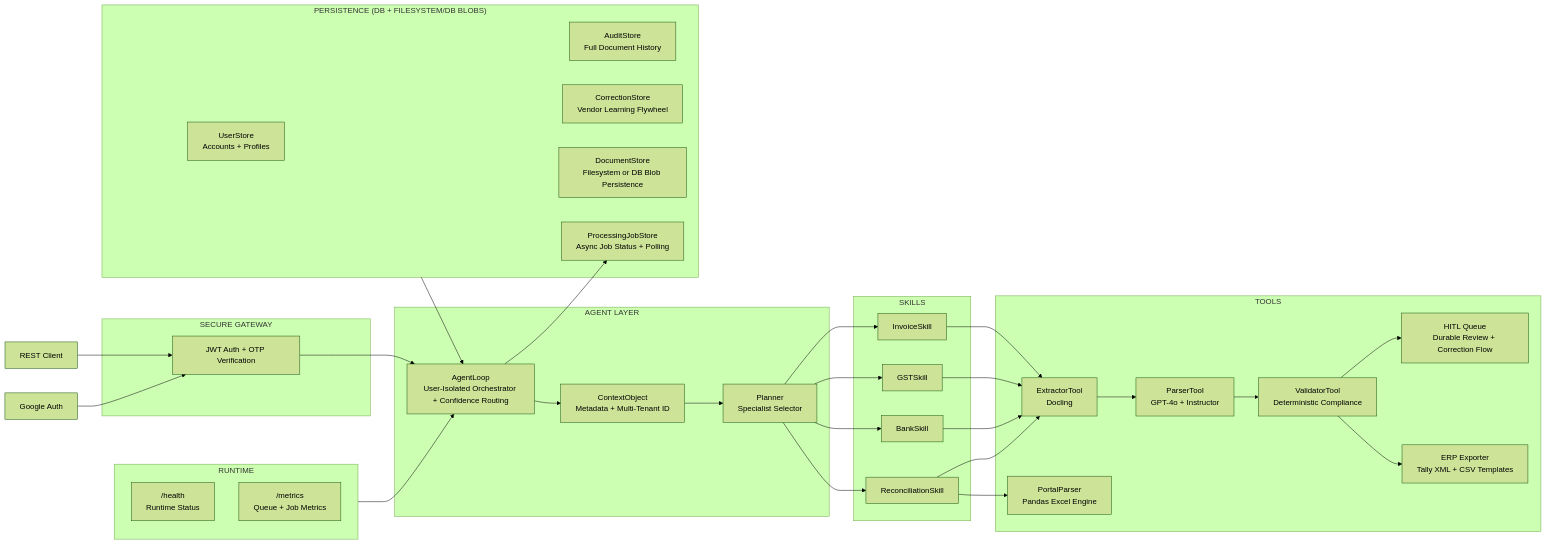
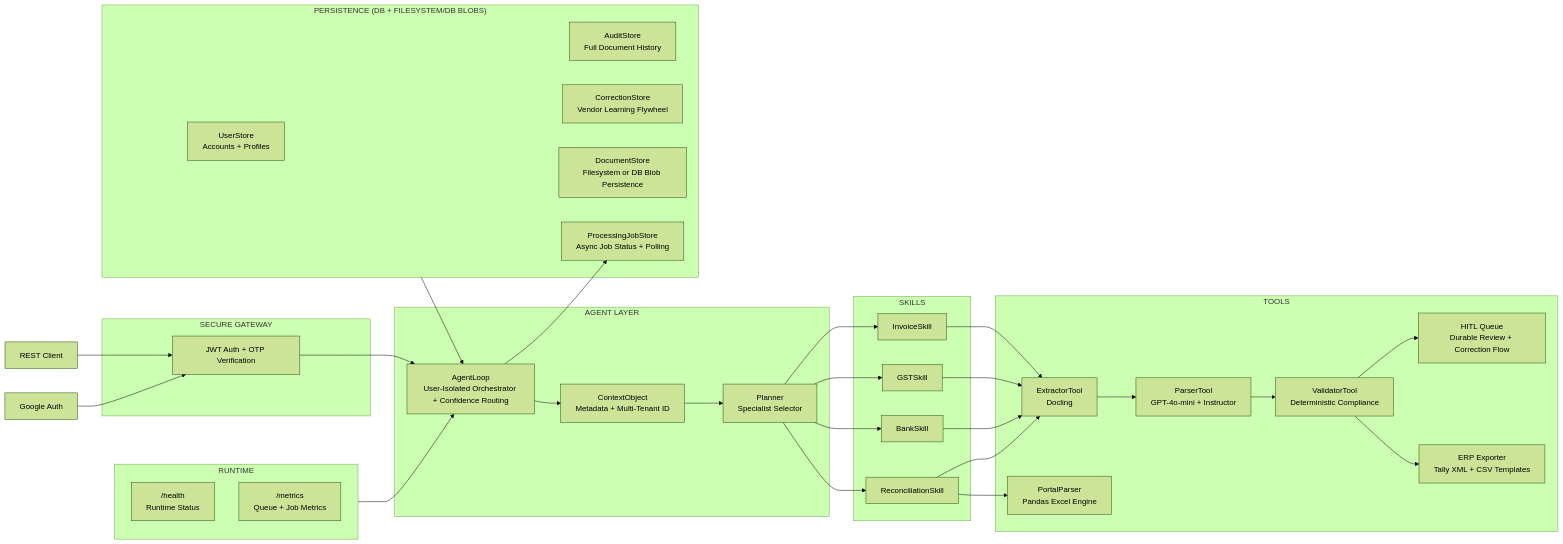
Before and after one commit to tanishra/taxyn: the diagram in README.md, drawn with Mermaid (forest theme). The commit also changed other lines of this file and 2 other files, not shown here.

Commit message:
docs: update model references from gpt-4o to gpt-4o-mini across documentation and codebase

````diff
--- a/README.md
+++ b/README.md
@@ -42,55 +42,55 @@
 ```mermaid
 graph LR
     A["REST Client"] --> G1
     B["Google Auth"] --> G1
 
     subgraph GATEWAY["SECURE GATEWAY"]
         G1["JWT Auth + OTP Verification"]
     end
 
     subgraph AGENT["AGENT LAYER"]
         AL["AgentLoop\nUser-Isolated Orchestrator + Confidence Routing"]
         CO["ContextObject\nMetadata + Multi-Tenant ID"]
         PL["Planner\nSpecialist Selector"]
     end
 
     subgraph SKILLS["SKILLS"]
         S1["InvoiceSkill"]
         S2["GSTSkill"]
         S3["BankSkill"]
         S4["ReconciliationSkill"]
     end
 
     subgraph TOOLS["TOOLS"]
         T1["ExtractorTool\nDocling"]
-        T2["ParserTool\nGPT-4o + Instructor"]
+        T2["ParserTool\nGPT-4o-mini + Instructor"]
         T3["ValidatorTool\nDeterministic Compliance"]
         T4["PortalParser\nPandas Excel Engine"]
         T5["HITL Queue\nDurable Review + Correction Flow"]
         T6["ERP Exporter\nTally XML + CSV Templates"]
     end
 
     subgraph MEMORY["PERSISTENCE (DB + FILESYSTEM/DB BLOBS)"]
         M1["UserStore\nAccounts + Profiles"]
         M2["AuditStore\nFull Document History"]
         M3["CorrectionStore\nVendor Learning Flywheel"]
         M4["DocumentStore\nFilesystem or DB Blob Persistence"]
         M5["ProcessingJobStore\nAsync Job Status + Polling"]
     end
 
     subgraph OPS["RUNTIME"]
         O1["/health\nRuntime Status"]
         O2["/metrics\nQueue + Job Metrics"]
     end
 
     G1 --> AL
     AL --> CO --> PL
     PL --> S1 & S2 & S3 & S4
     S1 & S2 & S3 & S4 --> T1 --> T2 --> T3
     S4 --> T4
     T3 --> T5
     T3 --> T6
     MEMORY --> AL
     AL --> M5
     OPS --> AL
 ```
````
